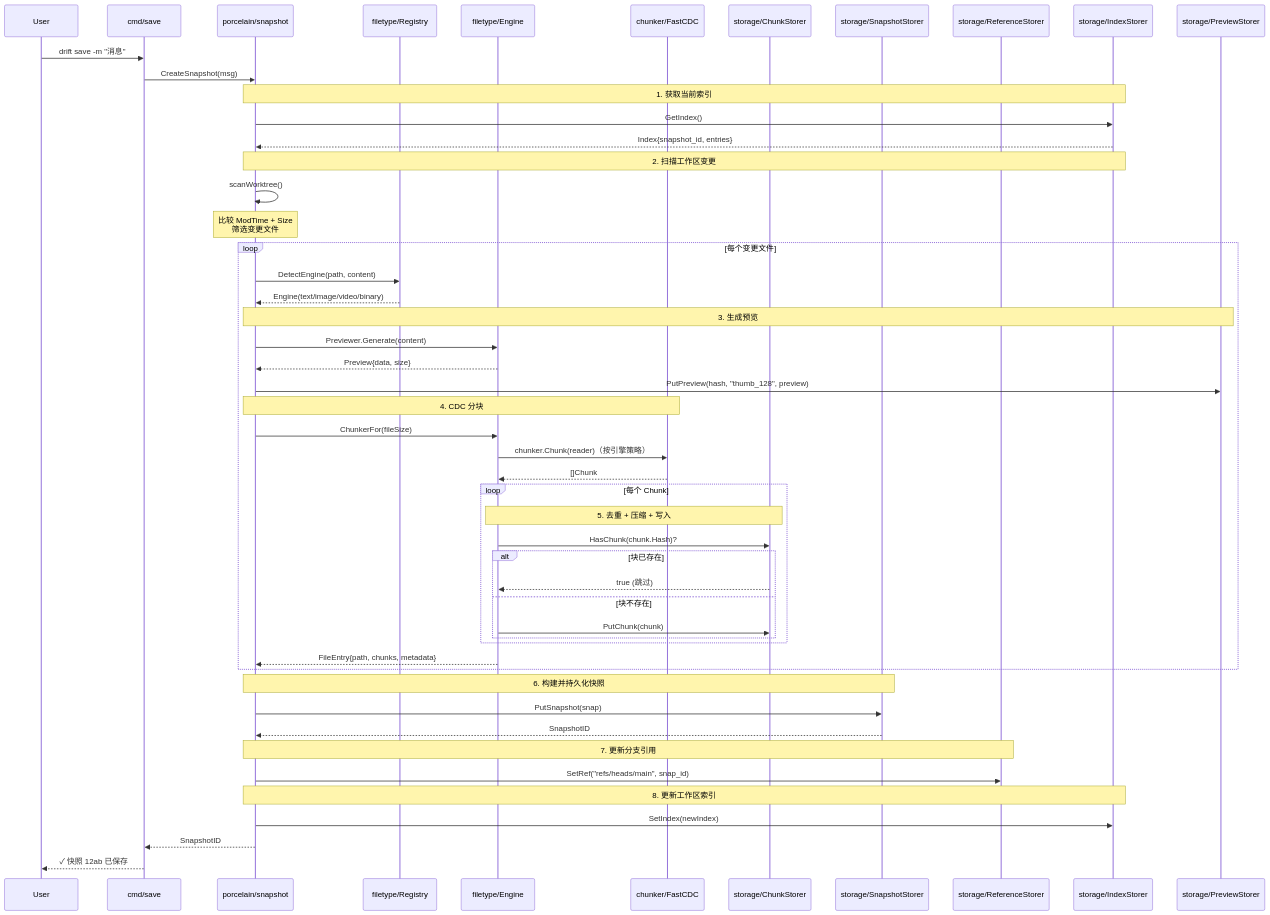
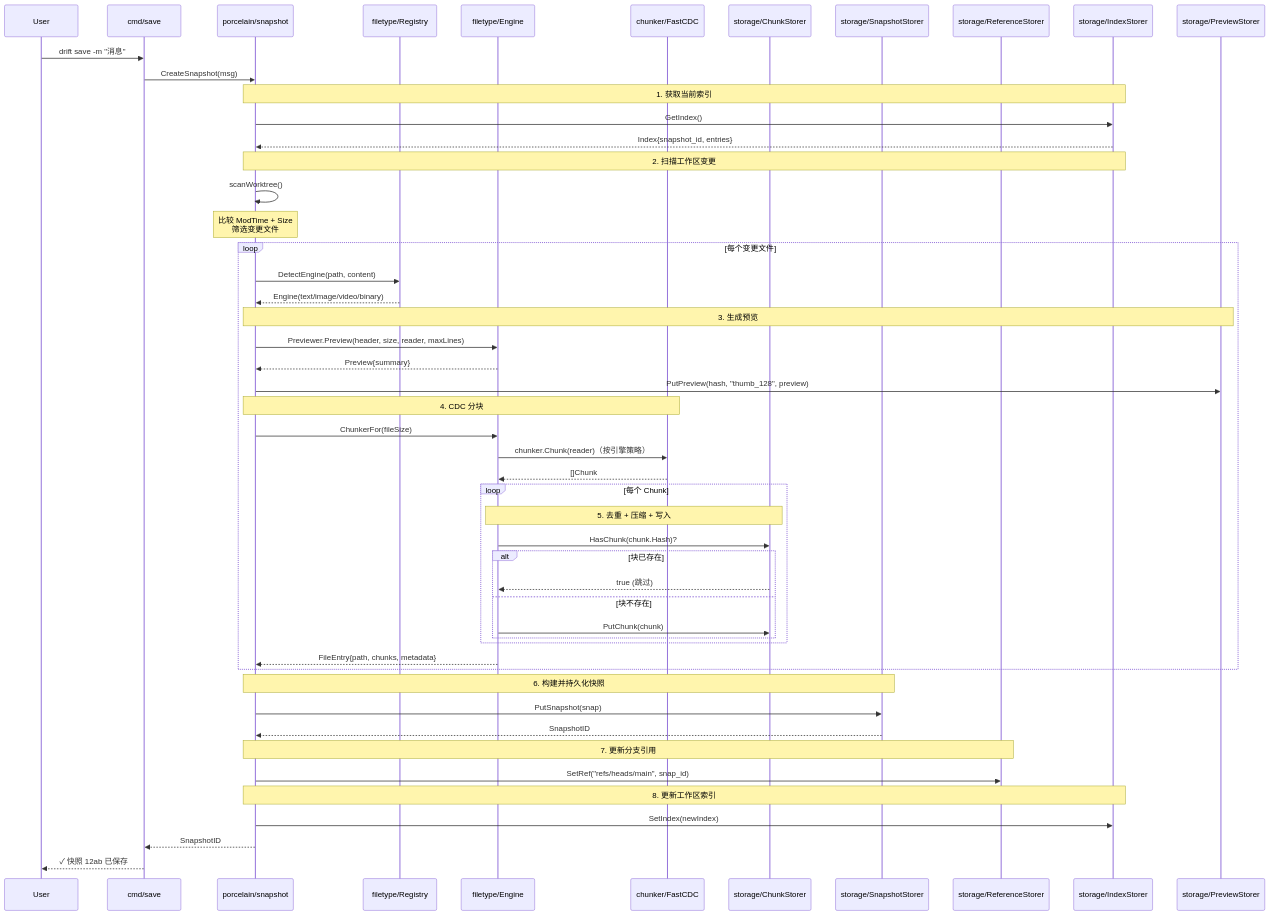
One commit to Alei-001/drift changed the third of 5 diagrams in docs/architecture.md. Above: the diagram before and after it, drawn with Mermaid. The commit also changed other lines of this file and 209 other files, not shown here.

````diff
--- a/docs/architecture.md
+++ b/docs/architecture.md
@@ -744,65 +792,65 @@
 ```mermaid
 sequenceDiagram
     participant User
     participant Cmd as cmd/save
     participant Snapshot as porcelain/snapshot
     participant Registry as filetype/Registry
     participant Engine as filetype/Engine
     participant CD as chunker/FastCDC
     participant CS as storage/ChunkStorer
     participant SS as storage/SnapshotStorer
     participant RS as storage/ReferenceStorer
     participant IS as storage/IndexStorer
     participant PS as storage/PreviewStorer
 
     User->>Cmd: drift save -m "消息"
     Cmd->>Snapshot: CreateSnapshot(msg)
 
     Note over Snapshot,IS: 1. 获取当前索引
     Snapshot->>IS: GetIndex()
     IS-->>Snapshot: Index{snapshot_id, entries}
 
     Note over Snapshot,IS: 2. 扫描工作区变更
     Snapshot->>Snapshot: scanWorktree()
     Note over Snapshot: 比较 ModTime + Size<br/>筛选变更文件
 
     loop 每个变更文件
         Snapshot->>Registry: DetectEngine(path, content)
         Registry-->>Snapshot: Engine(text/image/video/binary)
 
         Note over Snapshot,PS: 3. 生成预览
-        Snapshot->>Engine: Previewer.Generate(content)
-        Engine-->>Snapshot: Preview{data, size}
+        Snapshot->>Engine: Previewer.Preview(header, size, reader, maxLines)
+        Engine-->>Snapshot: Preview{summary}
         Snapshot->>PS: PutPreview(hash, "thumb_128", preview)
 
         Note over Snapshot,CD: 4. CDC 分块
         Snapshot->>Engine: ChunkerFor(fileSize)
         Engine->>CD: chunker.Chunk(reader)（按引擎策略）
         CD-->>Engine: []Chunk
 
         loop 每个 Chunk
             Note over Engine,CS: 5. 去重 + 压缩 + 写入
             Engine->>CS: HasChunk(chunk.Hash)?
             alt 块已存在
                 CS-->>Engine: true (跳过)
             else 块不存在
                 Engine->>CS: PutChunk(chunk)
             end
         end
 
         Engine-->>Snapshot: FileEntry{path, chunks, metadata}
     end
 
     Note over Snapshot,SS: 6. 构建并持久化快照
     Snapshot->>SS: PutSnapshot(snap)
     SS-->>Snapshot: SnapshotID
 
     Note over Snapshot,RS: 7. 更新分支引用
     Snapshot->>RS: SetRef("refs/heads/main", snap_id)
 
     Note over Snapshot,IS: 8. 更新工作区索引
     Snapshot->>IS: SetIndex(newIndex)
 
     Snapshot-->>Cmd: SnapshotID
     Cmd-->>User: ✓ 快照 12ab 已保存
 ```
````
